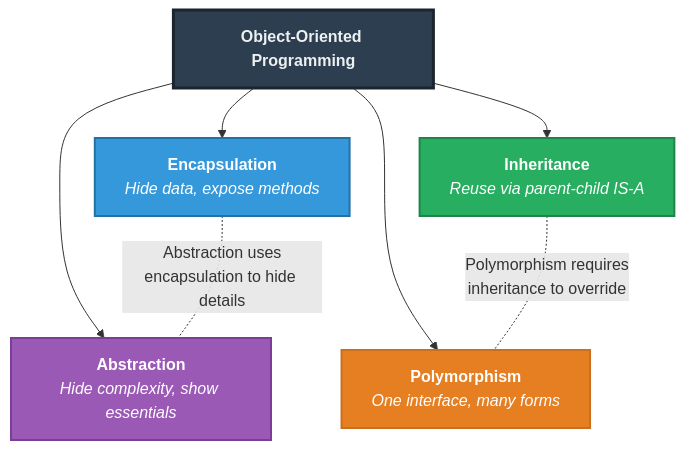
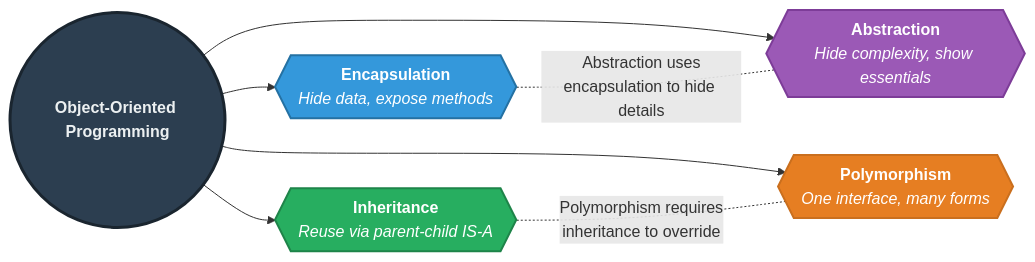
Before and after one commit to saivamsikaruturi/vamsilabs-dev-notes-main: the first of 2 diagrams in docs/java/oops.md, drawn with Mermaid. The commit also changed other lines of this file and 146 other files, not shown here.

Commit message:
Horizontal diagrams, UML class diagrams, typography overhaul, and permalink cleanup

````diff
--- a/docs/java/oops.md
+++ b/docs/java/oops.md
@@ -11,19 +11,19 @@
 ```mermaid
-flowchart TB
-    OOP["<b>Object-Oriented Programming</b>"]:::center
+flowchart LR
+    OOP(("<b>Object-Oriented Programming</b>")):::center
 
-    OOP --> E["<b>Encapsulation</b><br/><i>Hide data, expose methods</i>"]:::encap
-    OOP --> A["<b>Abstraction</b><br/><i>Hide complexity, show essentials</i>"]:::abstr
-    OOP --> I["<b>Inheritance</b><br/><i>Reuse via parent-child IS-A</i>"]:::inher
-    OOP --> P["<b>Polymorphism</b><br/><i>One interface, many forms</i>"]:::poly
+    OOP --> E{{"<b>Encapsulation</b><br/><i>Hide data, expose methods</i>"}}:::encap
+    OOP --> A{{"<b>Abstraction</b><br/><i>Hide complexity, show essentials</i>"}}:::abstr
+    OOP --> I{{"<b>Inheritance</b><br/><i>Reuse via parent-child IS-A</i>"}}:::inher
+    OOP --> P{{"<b>Polymorphism</b><br/><i>One interface, many forms</i>"}}:::poly
 
     %% Connections between pillars
     E -.-|"Abstraction uses<br/>encapsulation to hide details"| A
     I -.-|"Polymorphism requires<br/>inheritance to override"| P
 
     classDef center fill:#2c3e50,stroke:#1a252f,stroke-width:3px,color:#ecf0f1,font-size:16px
     classDef encap fill:#3498db,stroke:#2471a3,stroke-width:2px,color:#fff
     classDef abstr fill:#9b59b6,stroke:#7d3c98,stroke-width:2px,color:#fff
     classDef inher fill:#27ae60,stroke:#1e8449,stroke-width:2px,color:#fff
     classDef poly fill:#e67e22,stroke:#ca6f1e,stroke-width:2px,color:#fff
 ```
````
